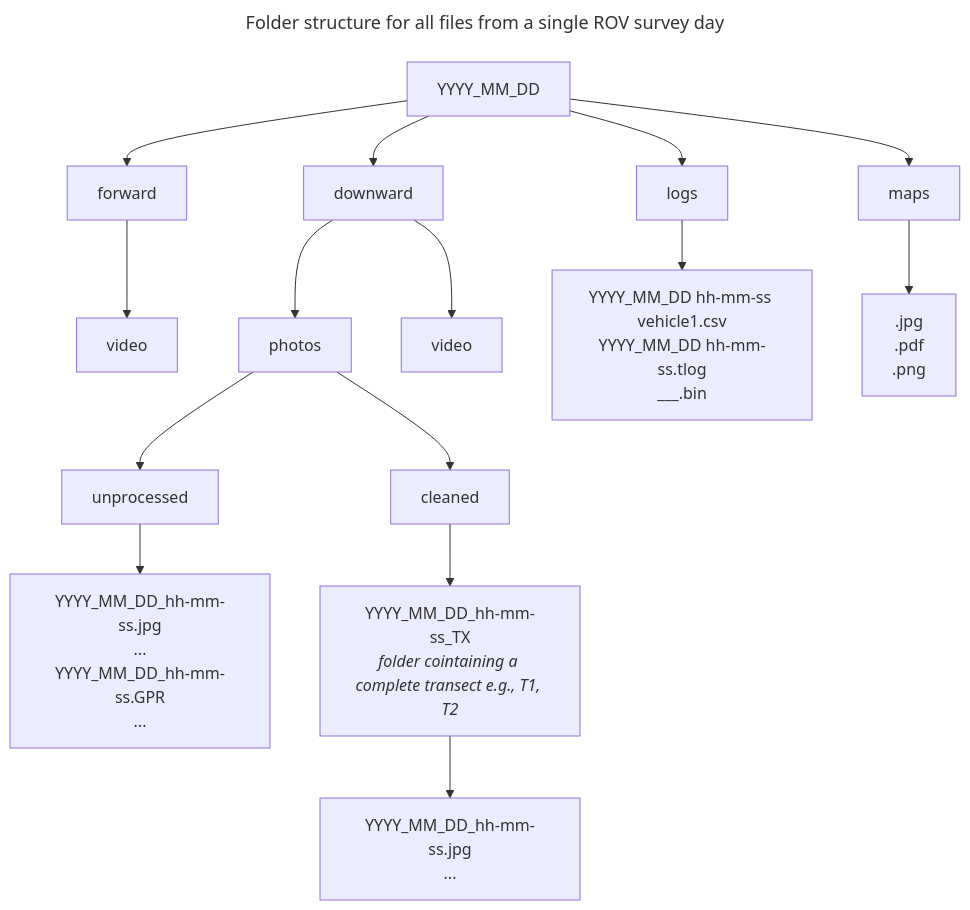
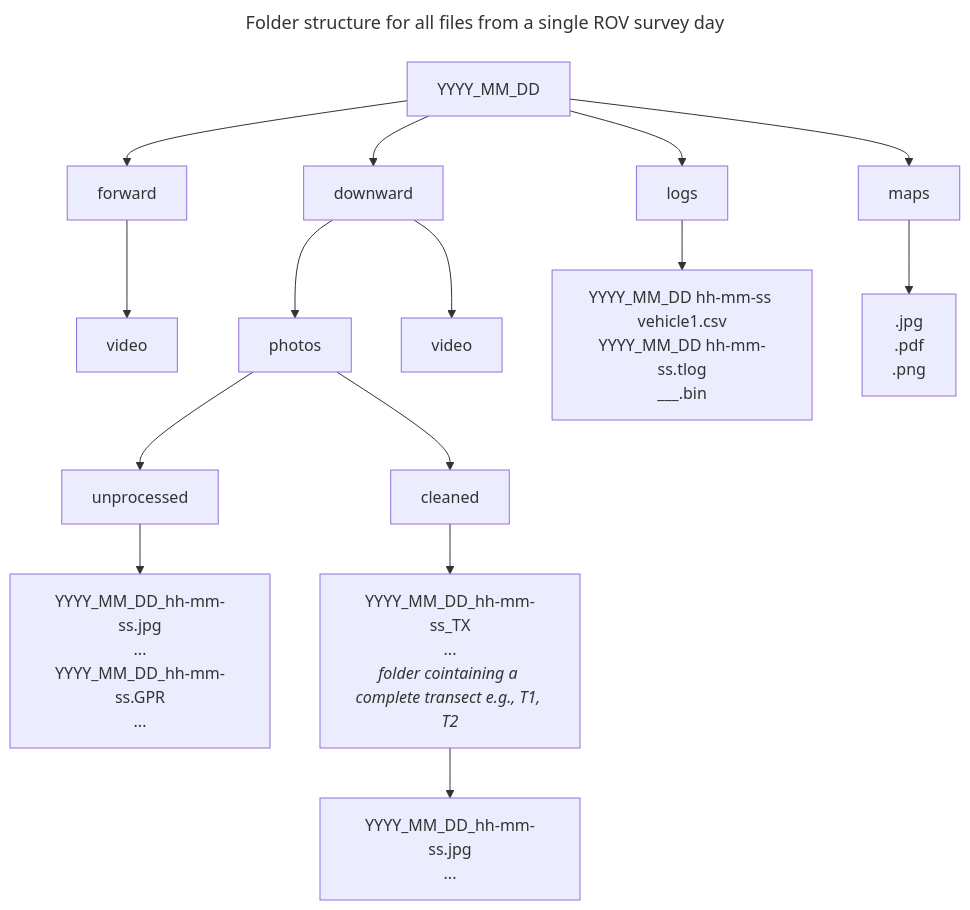
One commit to zhrandell/Seattle_Aquarium_CCR_development changed the second of 3 diagrams in data-pipeline/pipeline-2.md. Above: the diagram before and after it, drawn with Mermaid.

Commit message:
Update pipeline-2.md
small fix to add `. . .` delineating multiple transect files

````diff
--- a/data-pipeline/pipeline-2.md
+++ b/data-pipeline/pipeline-2.md
@@ -88,21 +88,21 @@
 ```mermaid
 ---
 title: Folder structure for all files from a single ROV survey day
 ---
 graph TD
     A[YYYY_MM_DD]
     A --> B[downward]
     A --> C[forward]
     C --> N[video]
     A --> D[logs]
     A --> E[maps]
     B --> F[photos]
     B --> H[video]
     F --> I[unprocessed]
     I --> M[YYYY_MM_DD_hh-mm-ss.jpg\n...\nYYYY_MM_DD_hh-mm-ss.GPR\n...]
     F --> J[cleaned]
-    J --> K[YYYY_MM_DD_hh-mm-ss_TX\n<i>folder cointaining a complete transect e.g., T1, T2</i>]
+    J --> K[YYYY_MM_DD_hh-mm-ss_TX\n...\n<i>folder cointaining a complete transect e.g., T1, T2</i>]
     K --> L[YYYY_MM_DD_hh-mm-ss.jpg\n...]
     D --> O[YYYY_MM_DD hh-mm-ss vehicle1.csv\nYYYY_MM_DD hh-mm-ss.tlog\n___.bin]
     E --> P[.jpg\n.pdf\n.png]
 ```
````
